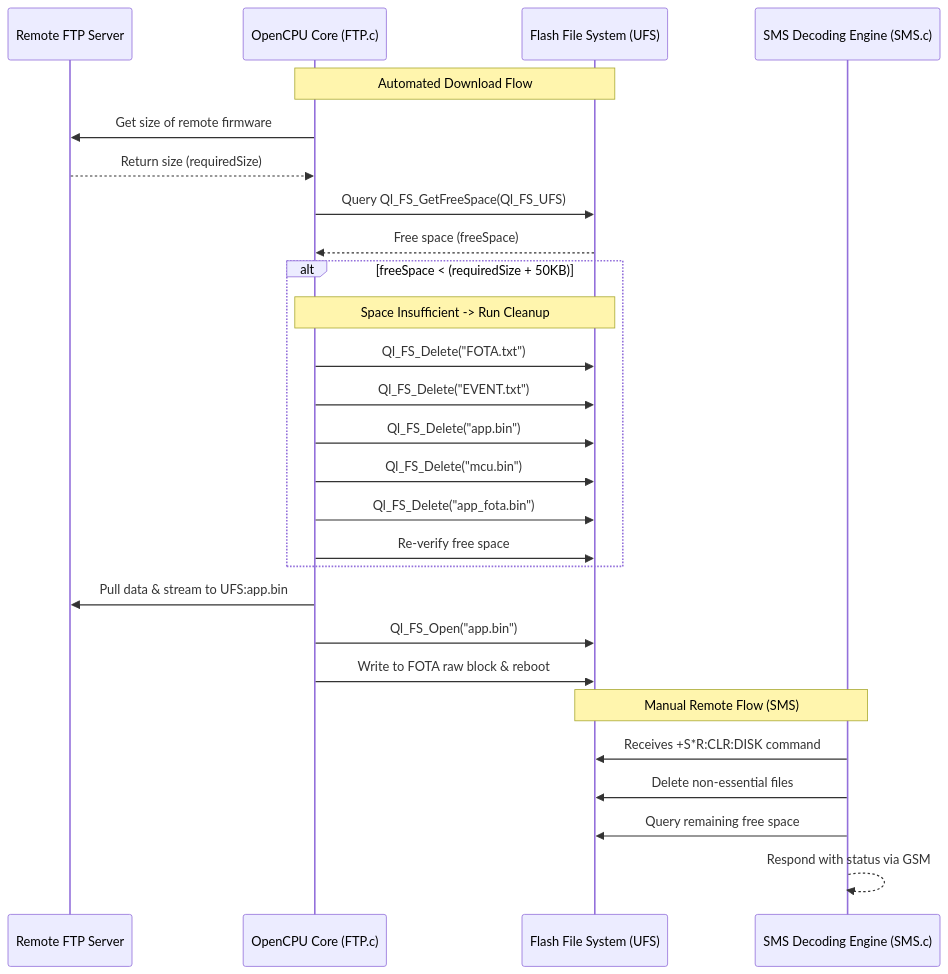
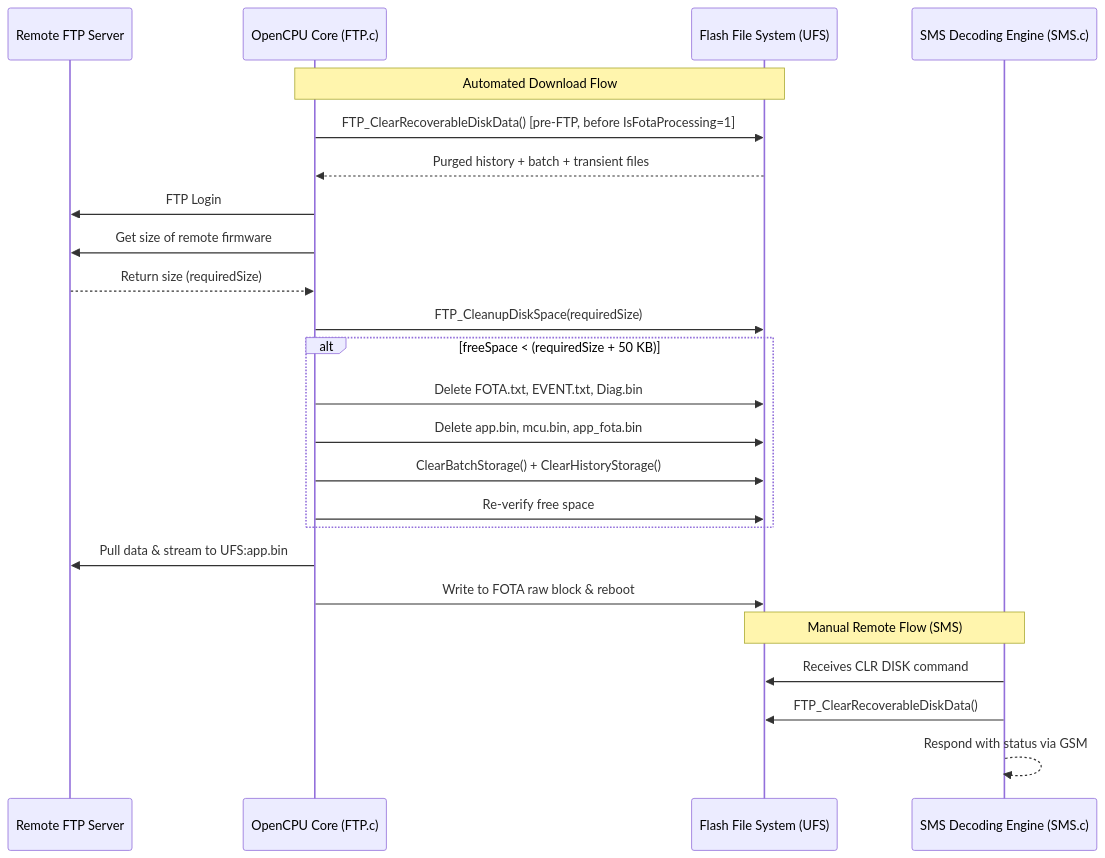
Before and after one commit to Umar-Siddhiq/InnoVTSM66: the first of 2 diagrams in ftp_fota_cleanup_doc.md, drawn with Mermaid. The commit also changed other lines of this file and 3 other files, not shown here.

First line of the commit message:
Refactor FTP/FOTA Cleanup System and Enhance RAM Filesystem Support

````diff
--- a/ftp_fota_cleanup_doc.md
+++ b/ftp_fota_cleanup_doc.md
@@ -18,31 +31,28 @@
 ```mermaid
 sequenceDiagram
     participant S as Remote FTP Server
     participant C as OpenCPU Core (FTP.c)
     participant FS as Flash File System (UFS)
     participant M as SMS Decoding Engine (SMS.c)
 
     Note over C,FS: Automated Download Flow
+    C->>FS: FTP_ClearRecoverableDiskData() [pre-FTP, before IsFotaProcessing=1]
+    FS-->>C: Purged history + batch + transient files
+    C->>S: FTP Login
     C->>S: Get size of remote firmware
     S-->>C: Return size (requiredSize)
-    C->>FS: Query Ql_FS_GetFreeSpace(Ql_FS_UFS)
-    FS-->>C: Free space (freeSpace)
-    alt freeSpace < (requiredSize + 50KB)
-        Note over C,FS: Space Insufficient -> Run Cleanup
-        C->>FS: Ql_FS_Delete("FOTA.txt")
-        C->>FS: Ql_FS_Delete("EVENT.txt")
-        C->>FS: Ql_FS_Delete("app.bin")
-        C->>FS: Ql_FS_Delete("mcu.bin")
-        C->>FS: Ql_FS_Delete("app_fota.bin")
+    C->>FS: FTP_CleanupDiskSpace(requiredSize)
+    alt freeSpace < (requiredSize + 50 KB)
+        C->>FS: Delete FOTA.txt, EVENT.txt, Diag.bin
+        C->>FS: Delete app.bin, mcu.bin, app_fota.bin
+        C->>FS: ClearBatchStorage() + ClearHistoryStorage()
         C->>FS: Re-verify free space
     end
     C->>S: Pull data & stream to UFS:app.bin
-    C->>FS: Ql_FS_Open("app.bin")
     C->>FS: Write to FOTA raw block & reboot
-    
+
     Note over M,FS: Manual Remote Flow (SMS)
-    M->>FS: Receives +S*R:CLR:DISK command
-    M->>FS: Delete non-essential files
-    M->>FS: Query remaining free space
+    M->>FS: Receives CLR DISK command
+    M->>FS: FTP_ClearRecoverableDiskData()
     M-->>M: Respond with status via GSM
 ```
````
